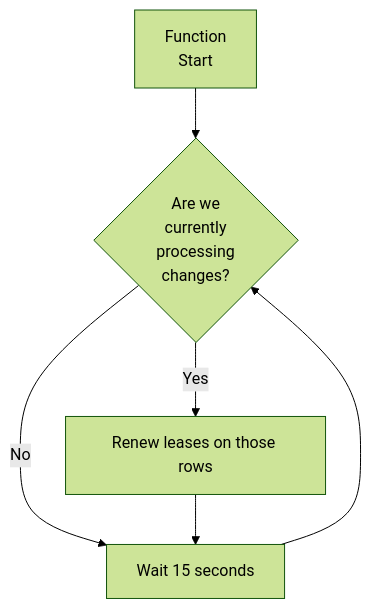
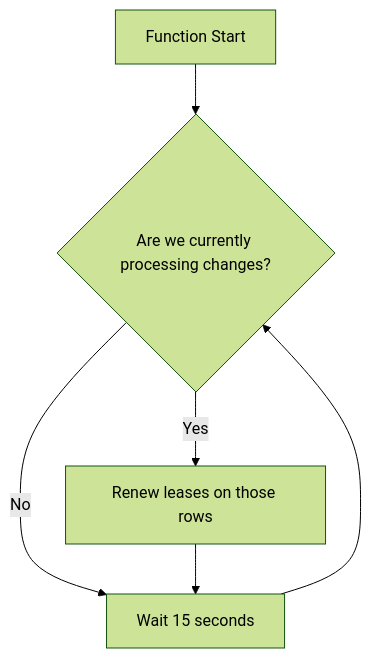
The second of 2 diagrams in docs/TriggerBinding.md (Azure/azure-functions-mysql-extension), drawn with Mermaid (forest theme) before and after one commit. The commit also changed other lines of this file, not shown here.

````diff
--- a/docs/TriggerBinding.md
+++ b/docs/TriggerBinding.md
@@ -65,9 +65,9 @@
 ```mermaid
 flowchart TD
 
-A[Function\nStart] --> B{Are we\ncurrently\nprocessing\nchanges?}
+A[Function Start] --> B{Are we currently processing changes?}
 B -->|Yes| C[Renew leases on those rows]
 B -->|No| D[Wait 15 seconds]
 C --> D
 D --> B
 ```
````
